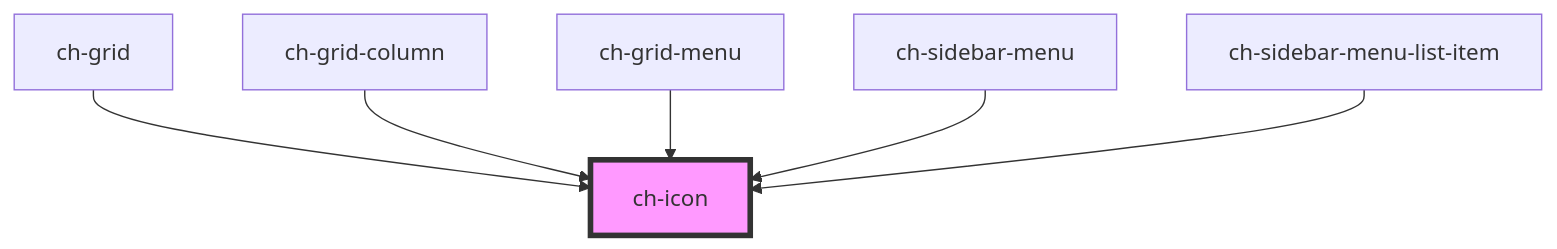
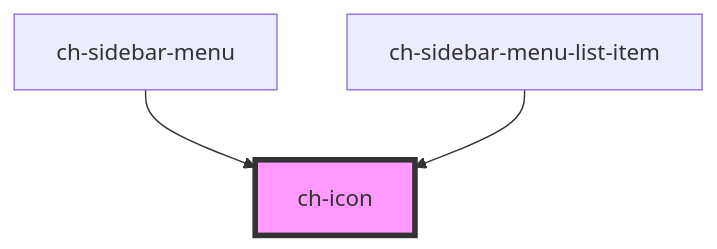
Before and after one commit to genexuslabs/chameleon-controls-library: the diagram in src/components/icon/readme.md, drawn with Mermaid. The commit also changed other lines of this file and 28 other files, not shown here.

````diff
--- a/src/components/icon/readme.md
+++ b/src/components/icon/readme.md
@@ -34,9 +33,6 @@
 ```mermaid
 graph TD;
-  ch-grid --> ch-icon
-  ch-grid-column --> ch-icon
-  ch-grid-menu --> ch-icon
   ch-sidebar-menu --> ch-icon
   ch-sidebar-menu-list-item --> ch-icon
   style ch-icon fill:#f9f,stroke:#333,stroke-width:4px
 ```
````
